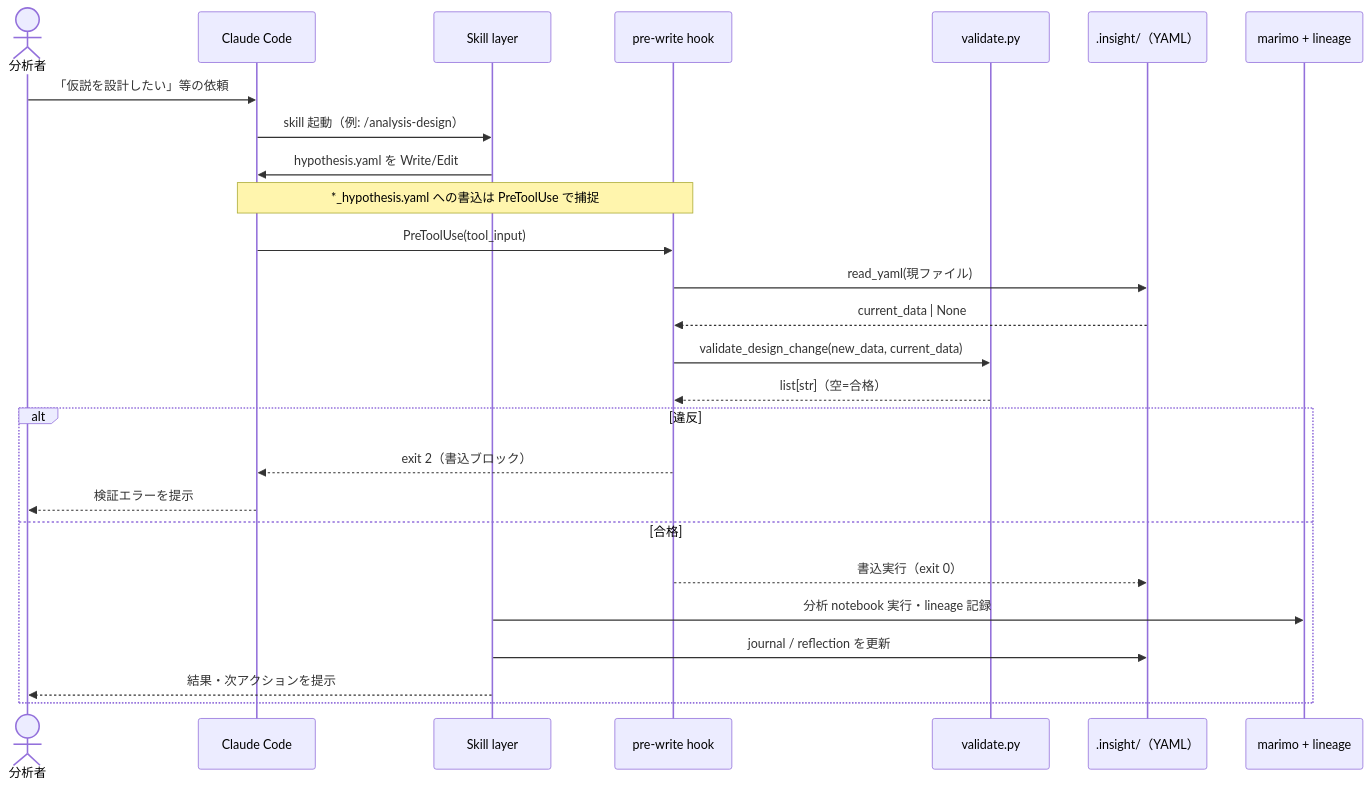
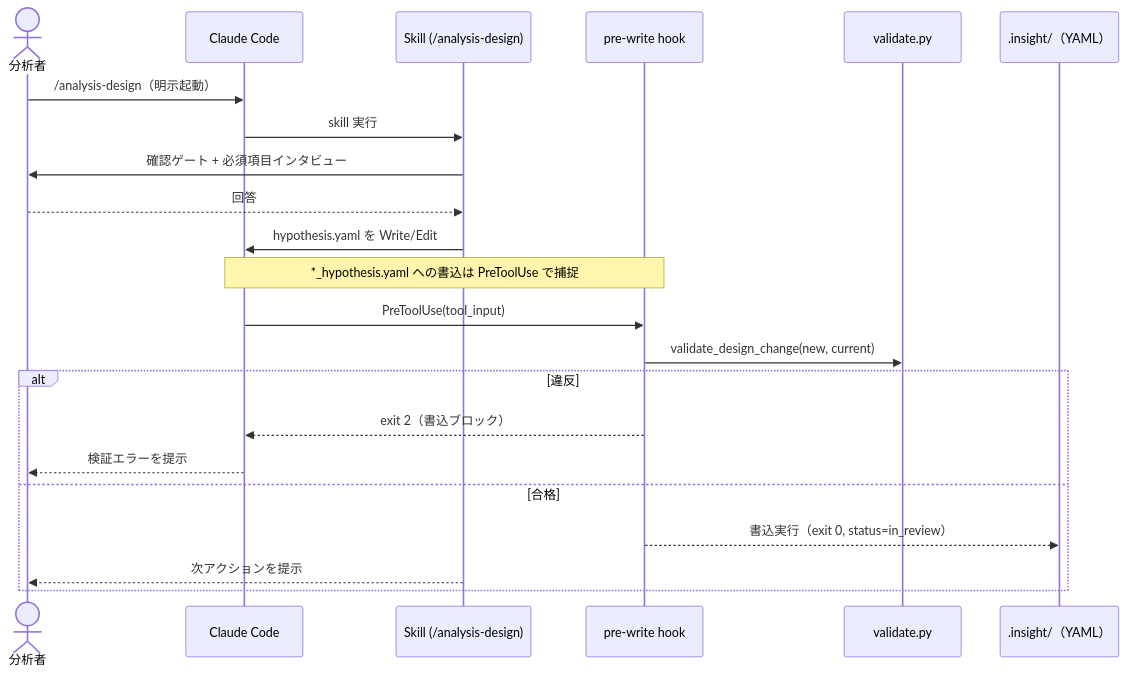
The third of 4 diagrams in docs/ARCHITECTURE.md (etoyama/insight-blueprint-skills), drawn with Mermaid before and after one commit. The commit also changed other lines of this file and 3 other files, not shown here.

First line of the commit message:
chore(docs): 全体フローのシーケンス図是正 + 連携/設定の不整合修正

````diff
--- a/docs/ARCHITECTURE.md
+++ b/docs/ARCHITECTURE.md
@@ -74,29 +86,25 @@
 ```mermaid
 sequenceDiagram
     actor U as 分析者
     participant CC as Claude Code
-    participant SK as Skill layer
+    participant SK as Skill (/analysis-design)
     participant H as pre-write hook
     participant V as validate.py
     participant FS as .insight/（YAML）
-    participant MO as marimo + lineage
 
-    U->>CC: 「仮説を設計したい」等の依頼
-    CC->>SK: skill 起動（例: /analysis-design）
+    U->>CC: /analysis-design（明示起動）
+    CC->>SK: skill 実行
+    SK->>U: 確認ゲート + 必須項目インタビュー
+    U-->>SK: 回答
     SK->>CC: hypothesis.yaml を Write/Edit
     Note over CC,H: *_hypothesis.yaml への書込は PreToolUse で捕捉
     CC->>H: PreToolUse(tool_input)
-    H->>FS: read_yaml(現ファイル)
-    FS-->>H: current_data | None
-    H->>V: validate_design_change(new_data, current_data)
-    V-->>H: list[str]（空=合格）
+    H->>V: validate_design_change(new, current)
     alt 違反
         H-->>CC: exit 2（書込ブロック）
         CC-->>U: 検証エラーを提示
     else 合格
-        H-->>FS: 書込実行（exit 0）
-        SK->>MO: 分析 notebook 実行・lineage 記録
-        SK->>FS: journal / reflection を更新
-        SK-->>U: 結果・次アクションを提示
+        H-->>FS: 書込実行（exit 0, status=in_review）
+        SK-->>U: 次アクションを提示
     end
 ```
````
